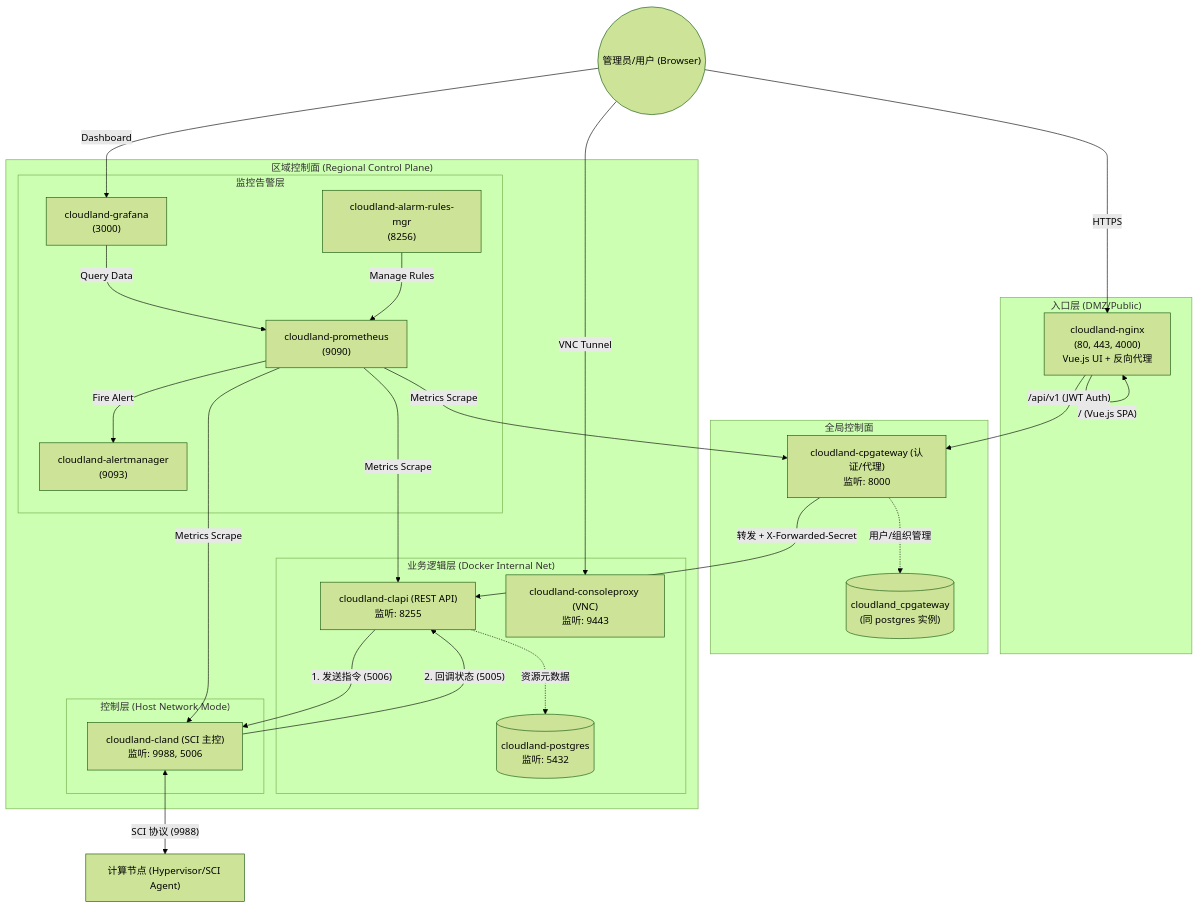
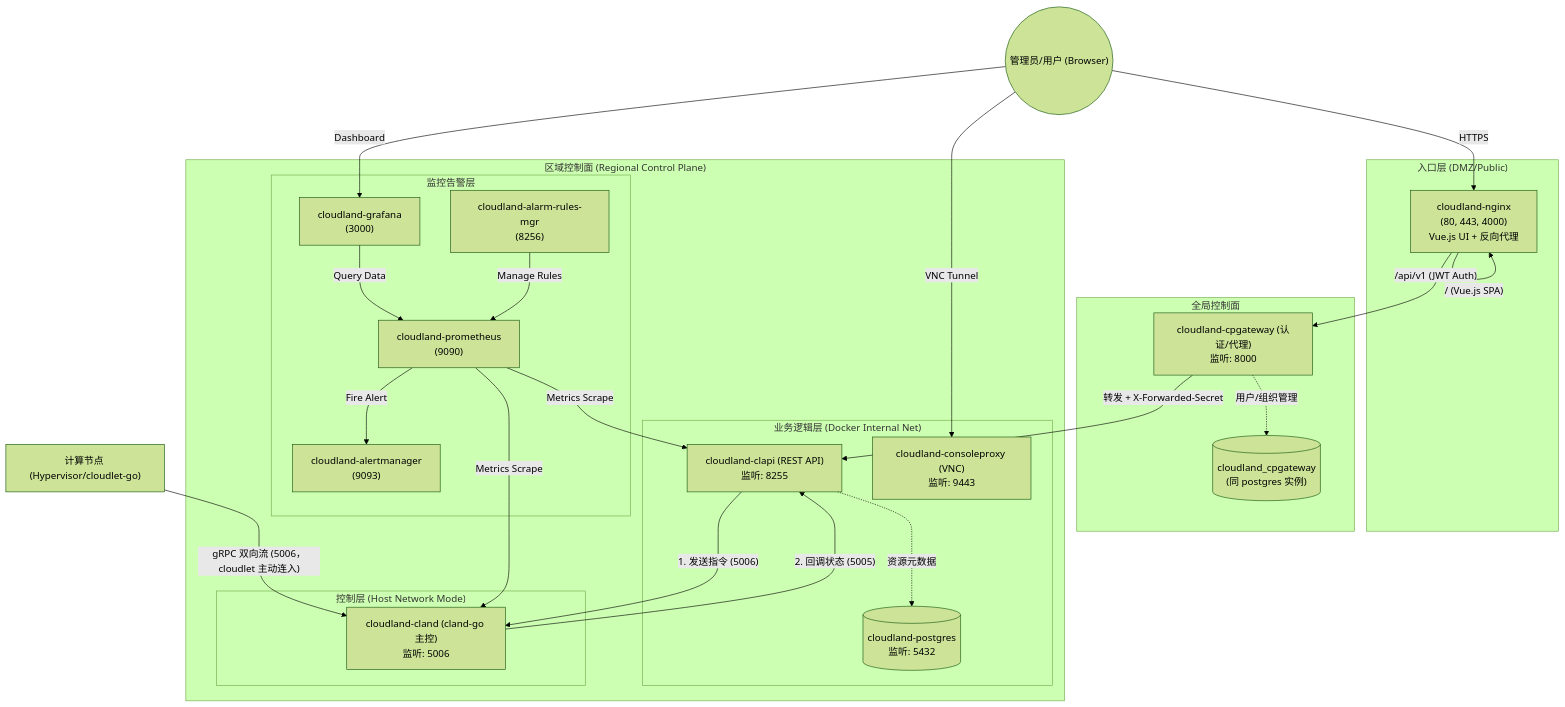
The diagram in deploy/docker/README.md (threen134/cloudland), drawn with Mermaid (forest theme) before and after one commit. The commit also changed other lines of this file and 675 other files, not shown here.

First line of the commit message:
feat: cpgateway Go 重写、SCI gRPC 版 cland/cloudlet、OpenTelemetry 链路追踪

````diff
--- a/deploy/docker/README.md
+++ b/deploy/docker/README.md
@@ -40,59 +41,59 @@
 ```mermaid
 graph TD
     %% 外部实体
     User(("管理员/用户 (Browser)"))
-    Hyper["计算节点 (Hypervisor/SCI Agent)"]
+    Hyper["计算节点 (Hypervisor/cloudlet-go)"]
 
     subgraph "入口层 (DMZ/Public)"
         Nginx["cloudland-nginx<br/>(80, 443, 4000)<br/>Vue.js UI + 反向代理"]
     end
 
     subgraph "全局控制面"
         CPGateway["cloudland-cpgateway (认证/代理)<br/>监听: 8000"]
         CPGatewayDB[("cloudland_cpgateway<br/>(同 postgres 实例)")]
     end
 
     subgraph "区域控制面 (Regional Control Plane)"
         subgraph "业务逻辑层 (Docker Internal Net)"
             ClApi["cloudland-clapi (REST API)<br/>监听: 8255"]
             CP["cloudland-consoleproxy (VNC)<br/>监听: 9443"]
             DB[("cloudland-postgres<br/>监听: 5432")]
         end
 
         subgraph "控制层 (Host Network Mode)"
-            Cland["cloudland-cland (SCI 主控)<br/>监听: 9988, 5006"]
+            Cland["cloudland-cland (cland-go 主控)<br/>监听: 5006"]
         end
 
         subgraph "监控告警层"
             Prom["cloudland-prometheus<br/>(9090)"]
             Graf["cloudland-grafana<br/>(3000)"]
             Alert["cloudland-alertmanager<br/>(9093)"]
             Alarm["cloudland-alarm-rules-mgr<br/>(8256)"]
         end
     end
 
     %% --- 通信链路 ---
     User -- "HTTPS" --> Nginx
     User -- "VNC Tunnel" --> CP
     User -- "Dashboard" --> Graf
 
     Nginx -- "/ (Vue.js SPA)" --> Nginx
     Nginx -- "/api/v1 (JWT Auth)" --> CPGateway
 
     CPGateway -- "转发 + X-Forwarded-Secret" --> ClApi
     CPGateway -. "用户/组织管理" .-> CPGatewayDB
 
     ClApi -. "资源元数据" .-> DB
 
     ClApi -- "1. 发送指令 (5006)" --> Cland
     Cland -- "2. 回调状态 (5005)" --> ClApi
 
-    Cland -- "SCI 协议 (9988)" <--> Hyper
+    Hyper -- "gRPC 双向流 (5006，cloudlet 主动连入)" --> Cland
 
-    Prom -- "Metrics Scrape" --> ClApi & Cland & CPGateway
+    Prom -- "Metrics Scrape" --> ClApi & Cland
     Graf -- "Query Data" --> Prom
     Prom -- "Fire Alert" --> Alert
     Alarm -- "Manage Rules" --> Prom
 
     %% 注: ConsoleProxy 不暴露 metrics，不被 Prometheus 监控
 ```
````
